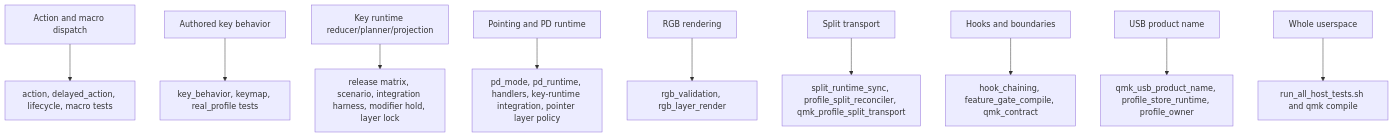
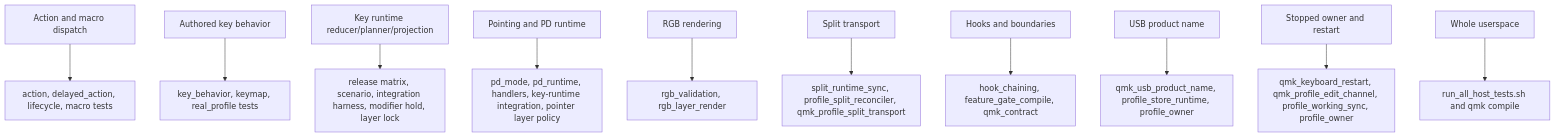
Before and after one commit to NoahCLR/charybdis-4x6: diagram 12 of 12 in docs/architecture/runtime-flow.md, drawn with Mermaid. The commit also changed other lines of this file and 34 other files, not shown here.

````diff
--- a/docs/architecture/runtime-flow.md
+++ b/docs/architecture/runtime-flow.md
@@ -630,12 +644,13 @@
 ```mermaid
 flowchart TD
     action["Action and macro dispatch"] --> action_tests["action, delayed_action, lifecycle, macro tests"]
     key_behavior["Authored key behavior"] --> behavior_tests["key_behavior, keymap, real_profile tests"]
     key_runtime["Key runtime reducer/planner/projection"] --> runtime_tests["release matrix, scenario, integration harness, modifier hold, layer lock"]
     pd["Pointing and PD runtime"] --> pd_tests["pd_mode, pd_runtime, handlers, key-runtime integration, pointer layer policy"]
     rgb["RGB rendering"] --> rgb_tests["rgb_validation, rgb_layer_render"]
     split["Split transport"] --> split_tests["split_runtime_sync, profile_split_reconciler, qmk_profile_split_transport"]
     hooks["Hooks and boundaries"] --> boundary_tests["hook_chaining, feature_gate_compile, qmk_contract"]
     usb_name["USB product name"] --> usb_name_tests["qmk_usb_product_name, profile_store_runtime, profile_owner"]
+    restart["Stopped owner and restart"] --> restart_tests["qmk_keyboard_restart, qmk_profile_edit_channel, profile_working_sync, profile_owner"]
     all["Whole userspace"] --> full["run_all_host_tests.sh and qmk compile"]
 ```
````
